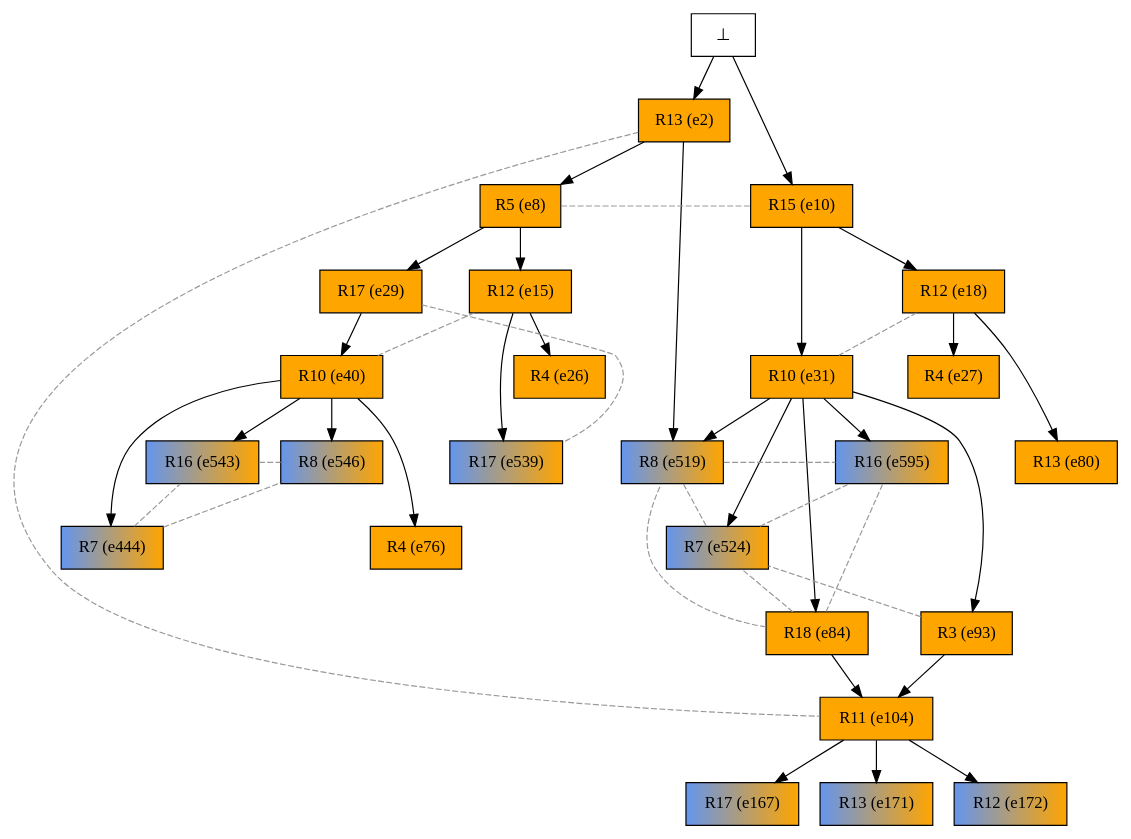
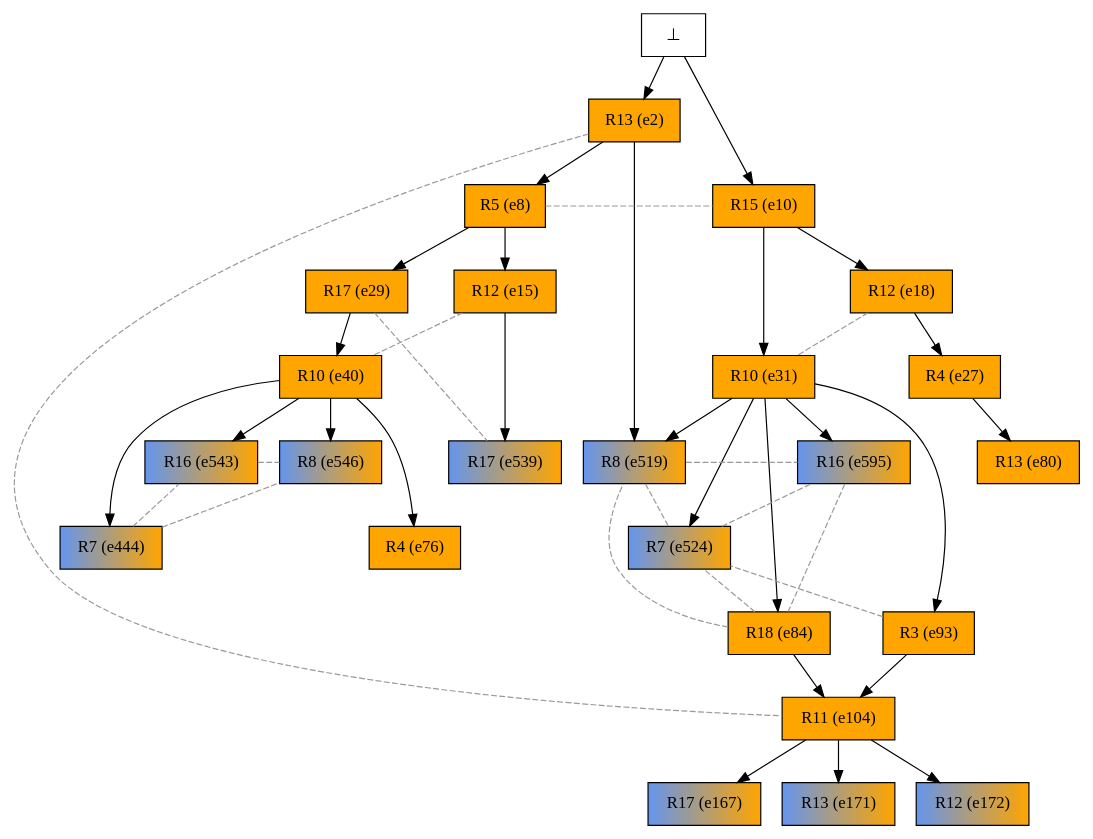
Before and after one commit to giannkas/ecofolder: the diagram in examples/oursin_tasmanie/mrk_instances/alg2urc/sorted/tasmanie_alg2urc_16-26confs/tasmanie_alg2urc_16-26confs_pathway.dot, drawn with Graphviz. The commit also changed 41 other files, not shown here.

```diff
--- a/examples/oursin_tasmanie/mrk_instances/alg2urc/sorted/tasmanie_alg2urc_16-26confs/tasmanie_alg2urc_16-26confs_pathway.dot
+++ b/examples/oursin_tasmanie/mrk_instances/alg2urc/sorted/tasmanie_alg2urc_16-26confs/tasmanie_alg2urc_16-26confs_pathway.dot
@@ -1,74 +1,72 @@
 digraph test {
 
 //conflicts
   e2 -> e104 [arrowhead=none color=gray60 style=dashed constraint=false];
   e8 -> e10 [arrowhead=none color=gray60 style=dashed constraint=false];
   e15 -> e40 [arrowhead=none color=gray60 style=dashed constraint=false];
   e18 -> e31 [arrowhead=none color=gray60 style=dashed constraint=false];
   e29 -> e539 [arrowhead=none color=gray60 style=dashed constraint=false];
   e84 -> e519 [arrowhead=none color=gray60 style=dashed constraint=false];
   e84 -> e524 [arrowhead=none color=gray60 style=dashed constraint=false];
   e84 -> e595 [arrowhead=none color=gray60 style=dashed constraint=false];
   e93 -> e524 [arrowhead=none color=gray60 style=dashed constraint=false];
   e444 -> e543 [arrowhead=none color=gray60 style=dashed constraint=false];
   e444 -> e546 [arrowhead=none color=gray60 style=dashed constraint=false];
   e519 -> e524 [arrowhead=none color=gray60 style=dashed constraint=false];
   e519 -> e595 [arrowhead=none color=gray60 style=dashed constraint=false];
   e524 -> e595 [arrowhead=none color=gray60 style=dashed constraint=false];
   e543 -> e546 [arrowhead=none color=gray60 style=dashed constraint=false];
 
-  e15 -> e26 [minlen=1];
-  e8 -> e15 [minlen=1];
-  e2 -> e8 [minlen=1];
   e18 -> e27 [minlen=1];
   e10 -> e18 [minlen=1];
   e8 -> e29 [minlen=1];
+  e2 -> e8 [minlen=1];
   e40 -> e76 [minlen=2];
   e29 -> e40 [minlen=1];
-  e18 -> e80 [minlen=2];
+  e27 -> e80 [minlen=1];
   e104 -> e167 [minlen=1];
   e84 -> e104 [minlen=1];
   e31 -> e84 [minlen=3];
   e10 -> e31 [minlen=2];
   e93 -> e104 [minlen=1];
   e31 -> e93 [minlen=3];
   e104 -> e171 [minlen=1];
   e104 -> e172 [minlen=1];
   e40 -> e444 [minlen=2];
   e2 -> e519 [minlen=1];
   e31 -> e519 [minlen=1];
   e31 -> e524 [minlen=2];
   e15 -> e539 [minlen=2];
+  e8 -> e15 [minlen=1];
   e40 -> e543 [minlen=1];
   e40 -> e546 [minlen=1];
   e31 -> e595 [minlen=1];
   e0 -> e2 [minlen=1];
   e0 -> e10 [minlen=2];
 
   e2 [color="black" fillcolor="orange:orange" label="R13 (e2)" shape=box style=filled];
   e8 [color="black" fillcolor="orange:orange" label="R5 (e8)" shape=box style=filled];
   e10 [color="black" fillcolor="orange:orange" label="R15 (e10)" shape=box style=filled];
   e15 [color="black" fillcolor="orange:orange" label="R12 (e15)" shape=box style=filled];
   e18 [color="black" fillcolor="orange:orange" label="R12 (e18)" shape=box style=filled];
-  e26 [color="black" fillcolor="orange:orange" label="R4 (e26)" shape=box style=filled];
   e27 [color="black" fillcolor="orange:orange" label="R4 (e27)" shape=box style=filled];
   e29 [color="black" fillcolor="orange:orange" label="R17 (e29)" shape=box style=filled];
   e31 [color="black" fillcolor="orange:orange" label="R10 (e31)" shape=box style=filled];
   e40 [color="black" fillcolor="orange:orange" label="R10 (e40)" shape=box style=filled];
   e76 [color="black" fillcolor="orange:orange" label="R4 (e76)" shape=box style=filled];
   e80 [color="black" fillcolor="orange:orange" label="R13 (e80)" shape=box style=filled];
   e84 [color="black" fillcolor="orange:orange" label="R18 (e84)" shape=box style=filled];
   e93 [color="black" fillcolor="orange:orange" label="R3 (e93)" shape=box style=filled];
   e104 [color="black" fillcolor="orange:orange" label="R11 (e104)" shape=box style=filled];
   e167 [color="black" fillcolor="cornflowerblue:orange" label="R17 (e167)" shape=box style=filled];
   e171 [color="black" fillcolor="cornflowerblue:orange" label="R13 (e171)" shape=box style=filled];
   e172 [color="black" fillcolor="cornflowerblue:orange" label="R12 (e172)" shape=box style=filled];
   e444 [color="black" fillcolor="cornflowerblue:orange" label="R7 (e444)" shape=box style=filled];
   e519 [color="black" fillcolor="cornflowerblue:orange" label="R8 (e519)" shape=box style=filled];
   e524 [color="black" fillcolor="cornflowerblue:orange" label="R7 (e524)" shape=box style=filled];
   e539 [color="black" fillcolor="cornflowerblue:orange" label="R17 (e539)" shape=box style=filled];
   e543 [color="black" fillcolor="cornflowerblue:orange" label="R16 (e543)" shape=box style=filled];
   e546 [color="black" fillcolor="cornflowerblue:orange" label="R8 (e546)" shape=box style=filled];
   e595 [color="black" fillcolor="cornflowerblue:orange" label="R16 (e595)" shape=box style=filled];
   e0 [fillcolor="white" label="⊥" shape=box style=filled];
 }
```
